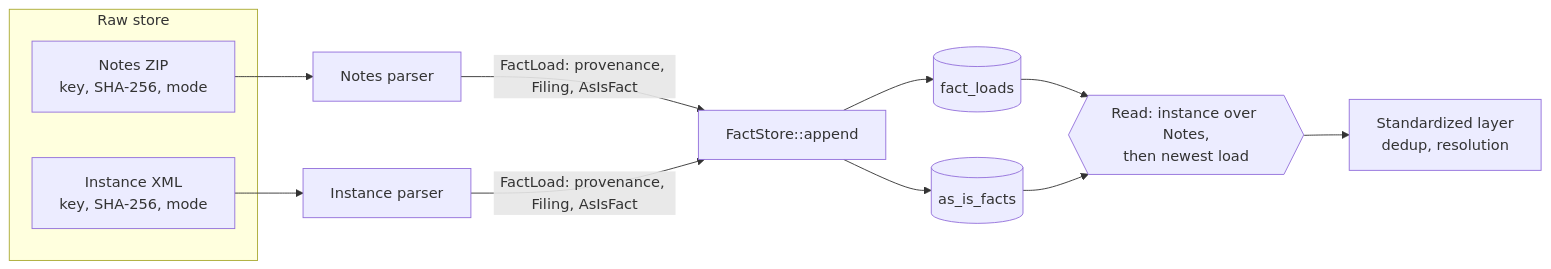
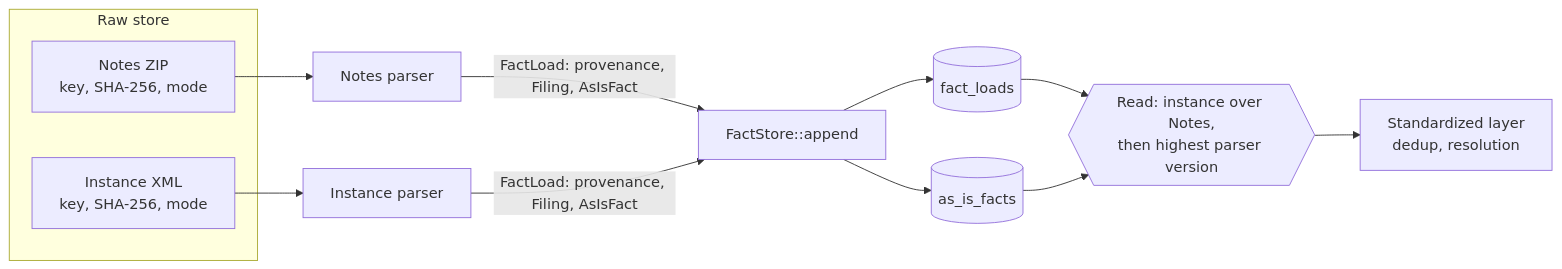
Before and after one commit to ironcapitaleu/arkad: the diagram in sec/design/data_model/as_is_fact_store.md, drawn with Mermaid. The commit also changed other lines of this file and 2 other files, not shown here.

First line of the commit message:
doc(storage): rank loads by parser version and pin the load ID

````diff
--- a/sec/design/data_model/as_is_fact_store.md
+++ b/sec/design/data_model/as_is_fact_store.md
@@ -378,16 +414,16 @@
 ```mermaid
 flowchart LR
   subgraph Raw[Raw store]
     NZ[Notes ZIP<br/>key, SHA-256, mode]
     IX[Instance XML<br/>key, SHA-256, mode]
   end
   NZ --> PN[Notes parser]
   IX --> PI[Instance parser]
   PN -- "FactLoad: provenance, Filing, AsIsFact" --> AP["FactStore::append"]
   PI -- "FactLoad: provenance, Filing, AsIsFact" --> AP
   AP --> FL[(fact_loads)]
   AP --> AF[(as_is_facts)]
-  FL --> CR{{"Read: instance over Notes,<br/>then newest load"}}
+  FL --> CR{{"Read: instance over Notes,<br/>then highest parser version"}}
   AF --> CR
   CR --> SL[Standardized layer<br/>dedup, resolution]
 ```
````
